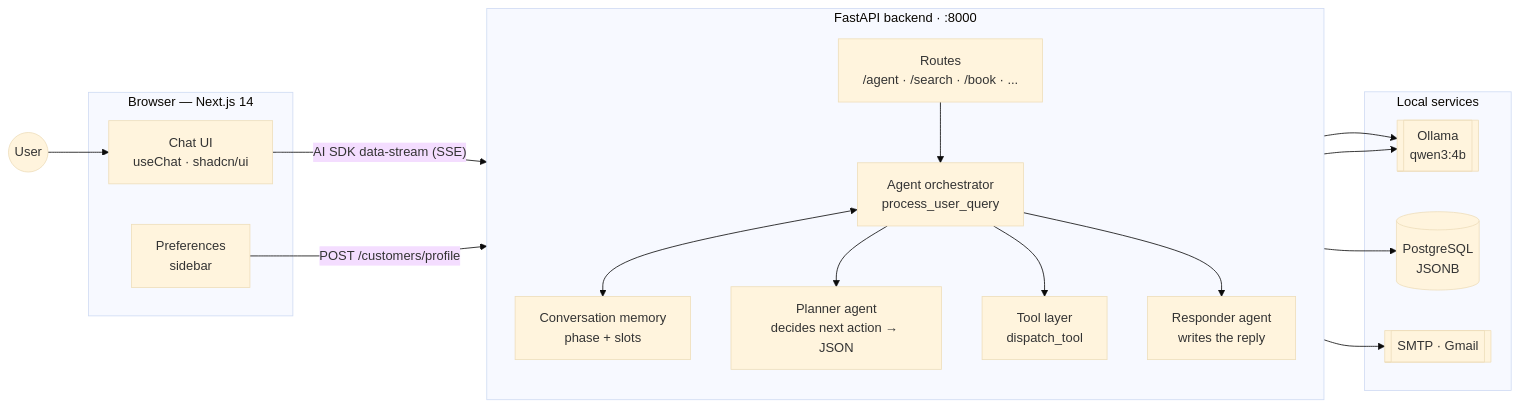
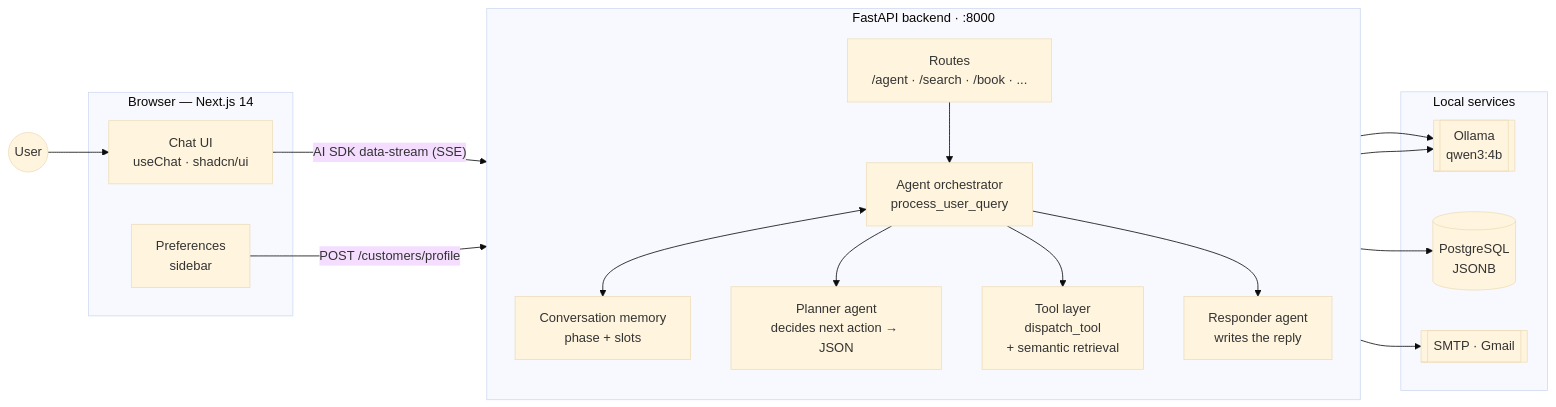
Before and after one commit to DreViz/GoodFood: the first of 3 diagrams in README.md, drawn with Mermaid (base theme). The commit also changed other lines of this file and 4 other files, not shown here.

````diff
--- a/README.md
+++ b/README.md
@@ -44,35 +48,35 @@
 ```mermaid
 flowchart LR
     User(("User"))
 
     subgraph Browser["Browser — Next.js 14"]
         UI["Chat UI<br/>useChat · shadcn/ui"]
         SB["Preferences<br/>sidebar"]
     end
 
     subgraph Backend["FastAPI backend · :8000"]
         direction TB
         RT["Routes<br/>/agent · /search · /book · ..."]
         ORCH["Agent orchestrator<br/>process_user_query"]
         MEM["Conversation memory<br/>phase + slots"]
         PLAN["Planner agent<br/>decides next action → JSON"]
-        TOOLS["Tool layer<br/>dispatch_tool"]
+        TOOLS["Tool layer<br/>dispatch_tool<br/>+ semantic retrieval"]
         RESP["Responder agent<br/>writes the reply"]
     end
 
     subgraph Services["Local services"]
         OLLAMA[["Ollama<br/>qwen3:4b"]]
         DB[("PostgreSQL<br/>JSONB")]
         MAIL[["SMTP · Gmail"]]
     end
 
     User --> UI
     UI -- "AI SDK data-stream (SSE)" --> RT
     SB -- "POST /customers/profile" --> RT
     RT --> ORCH
     ORCH <--> MEM
     ORCH --> PLAN --> OLLAMA
     ORCH --> TOOLS --> DB
     ORCH --> RESP --> OLLAMA
     TOOLS --> MAIL
 ```
````
